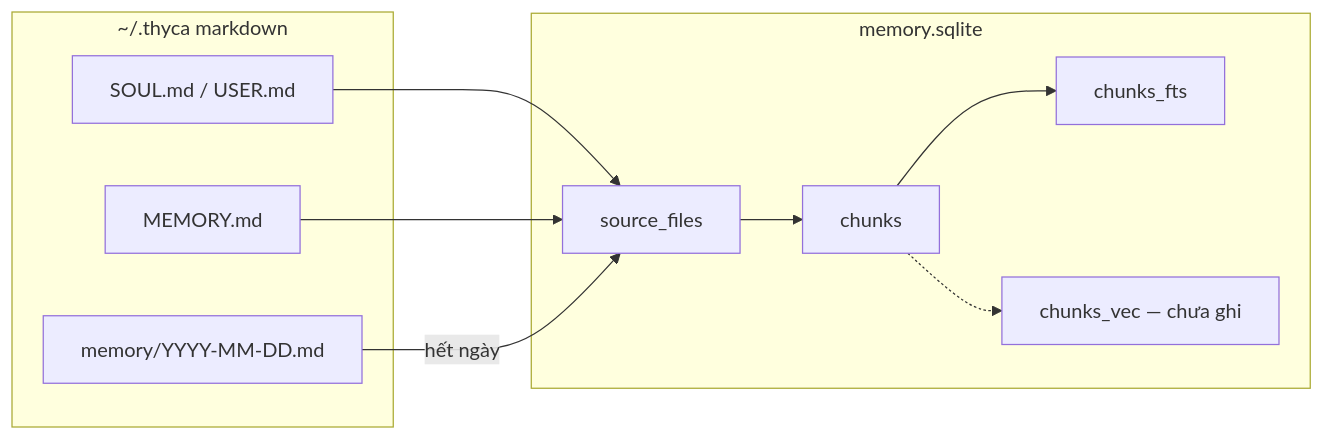
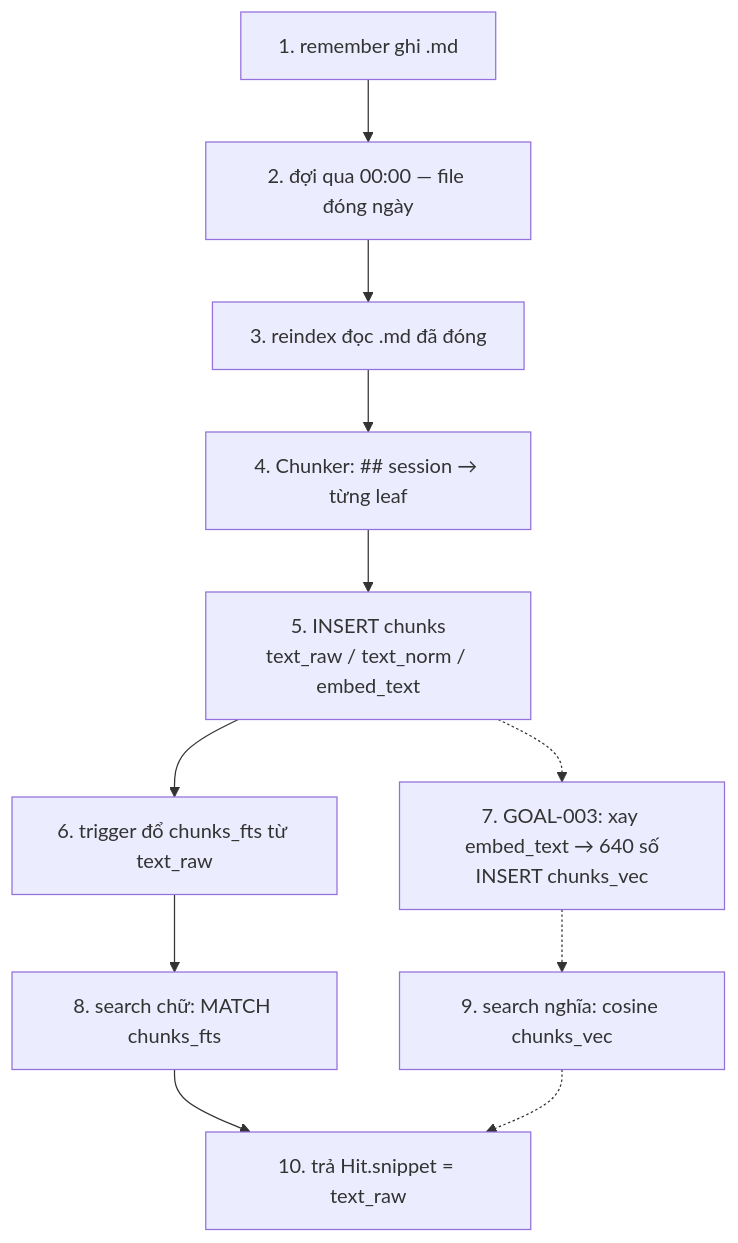
One commit to Flowerf19/thyca-ai changed the diagram in thyca/memory/README.md. Above: the diagram before and after it, drawn with Mermaid. The commit also changed other lines of this file and 9 other files, not shown here.

````diff
--- a/thyca/memory/README.md
+++ b/thyca/memory/README.md
@@ -18,20 +31,15 @@
 ```mermaid
-flowchart LR
-  subgraph files["~/.thyca markdown"]
-    SU["SOUL.md / USER.md"]
-    MEM["MEMORY.md"]
-    DAY["memory/YYYY-MM-DD.md"]
-  end
-  subgraph sqlite["memory.sqlite"]
-    SRC["source_files"]
-    CHK["chunks"]
-    FTS["chunks_fts"]
-    VEC["chunks_vec — chưa ghi"]
-  end
-  SU --> SRC
-  MEM --> SRC
-  DAY -->|"hết ngày"| SRC
-  SRC --> CHK
-  CHK --> FTS
-  CHK -.-> VEC
+flowchart TD
+  S1["1. remember ghi .md"] --> S2["2. đợi qua 00:00 — file đóng ngày"]
+  S2 --> S3["3. reindex đọc .md đã đóng"]
+  S3 --> S4["4. Chunker: ## session → từng leaf"]
+  S4 --> S5["5. INSERT chunks
+text_raw / text_norm / embed_text"]
+  S5 --> S6["6. trigger đổ chunks_fts từ text_raw"]
+  S5 -.-> S7["7. GOAL-003: xay embed_text → 640 số
+INSERT chunks_vec"]
+  S6 --> S8["8. search chữ: MATCH chunks_fts"]
+  S7 -.-> S9["9. search nghĩa: cosine chunks_vec"]
+  S8 --> S10["10. trả Hit.snippet = text_raw"]
+  S9 -.-> S10
 ```
````
